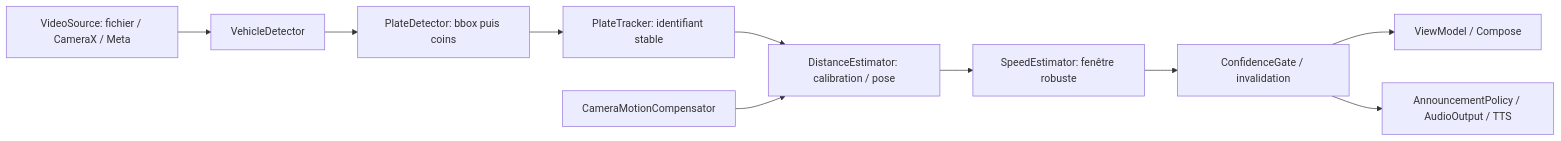
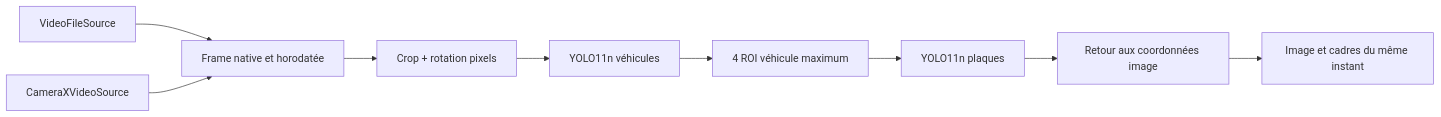
The diagram in ARCHITECTURE.md (Valmdatascientest/speedvision), drawn with Mermaid before and after one commit. The commit also changed other lines of this file and 10 other files, not shown here.

````diff
--- a/ARCHITECTURE.md
+++ b/ARCHITECTURE.md
@@ -32,12 +25,11 @@
 ```mermaid
 flowchart LR
-  V[VideoSource: fichier / CameraX / Meta] --> D[VehicleDetector]
-  D --> P[PlateDetector: bbox puis coins]
-  P --> T[PlateTracker: identifiant stable]
-  T --> G[DistanceEstimator: calibration / pose]
-  M[CameraMotionCompensator] --> G
-  G --> S[SpeedEstimator: fenêtre robuste]
-  S --> C[ConfidenceGate / invalidation]
-  C --> UI[ViewModel / Compose]
-  C --> A[AnnouncementPolicy / AudioOutput / TTS]
+  F[VideoFileSource] --> V[Frame native et horodatée]
+  C[CameraXVideoSource] --> V
+  V --> U[Crop + rotation pixels]
+  U --> D[YOLO11n véhicules]
+  D --> R[4 ROI véhicule maximum]
+  R --> P[YOLO11n plaques]
+  P --> B[Retour aux coordonnées image]
+  B --> UI[Image et cadres du même instant]
 ```
````
